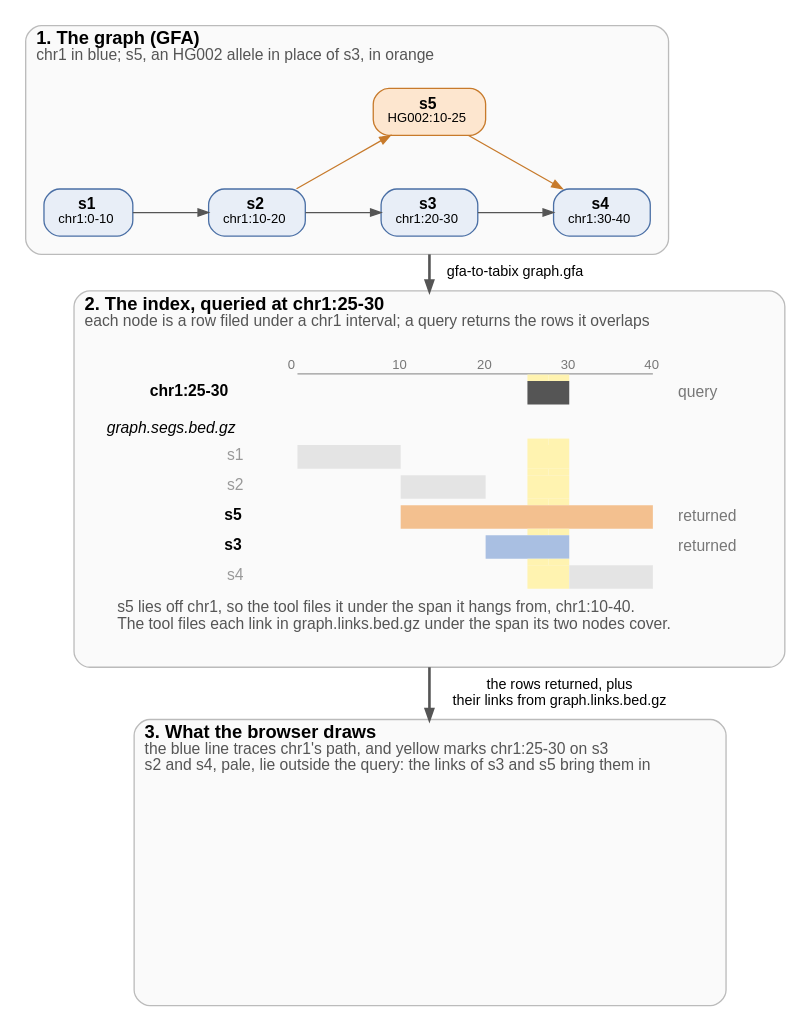
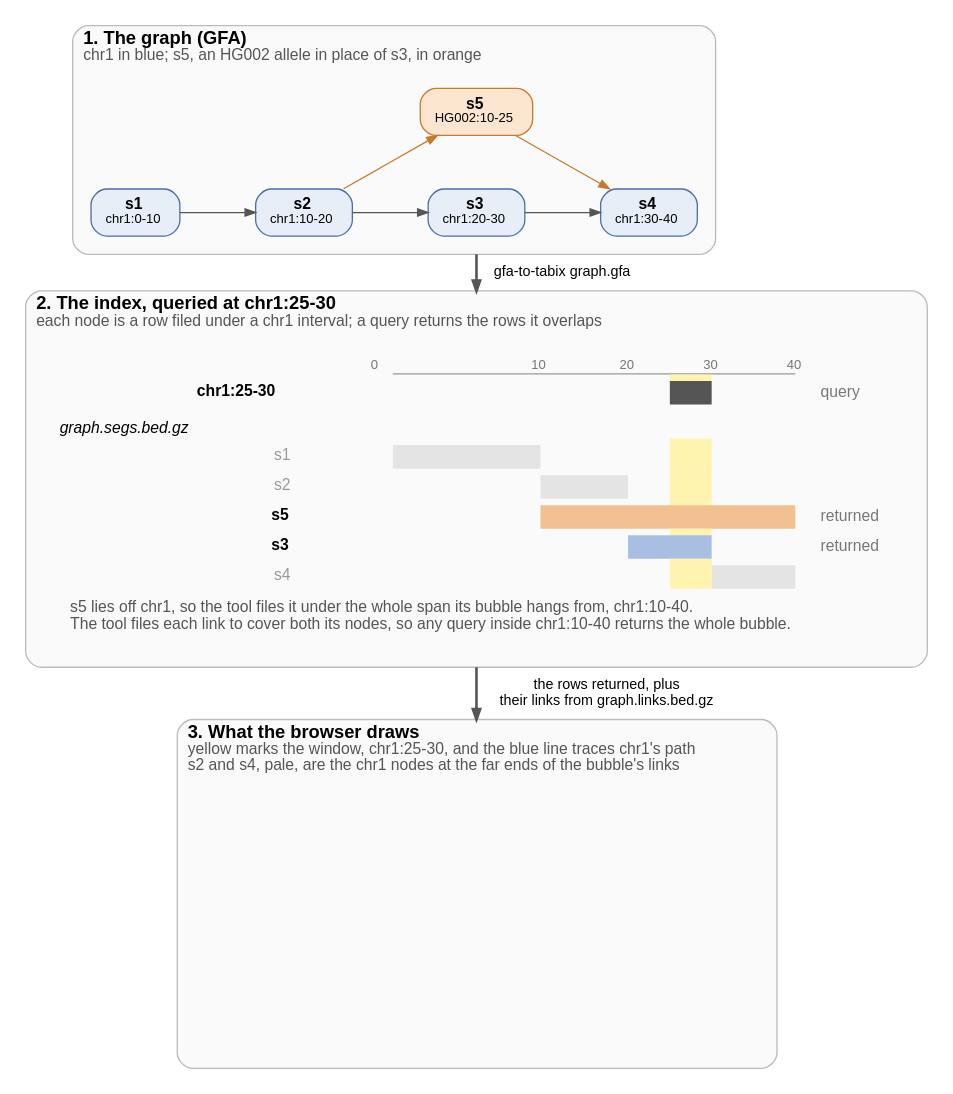
The diagram in docs/figures/overview.dot (GMOD/gfa-to-tabix), drawn with Graphviz before and after one commit. The commit also changed 5 other files, not shown here.

First line of the commit message:
Overview figures: show that one query returns the whole bubble

```diff
--- a/docs/figures/overview.dot
+++ b/docs/figures/overview.dot
@@ -1,73 +1,73 @@
 // scripts/figures.py fills the marked rows from the tool's output and draws this figure
 digraph overview {
   bgcolor="white"
   fontname="Helvetica"
   newrank=true
   compound=true
   nodesep=0.4
   ranksep=0.55
   node [fontname="Helvetica", fontsize=12, shape=box, style="filled,rounded", fillcolor="#e8eef7", color="#4a6fa5", margin="0.15,0.06"]
   edge [fontname="Helvetica", fontsize=11, color="#555555", arrowsize=0.8]
 
   subgraph {
     graph [labeljust=l, fontsize=14, color="#bbbbbb", style="rounded,filled", fillcolor="#fafafa", margin=14]
 
     subgraph cluster_graph {
       label=<<B>1. The graph (GFA)</B><BR ALIGN="LEFT"/><FONT POINT-SIZE="12" COLOR="#555555">chr1 in blue; s5, an HG002 allele in place of s3, in orange</FONT><BR ALIGN="LEFT"/>>
       // begin graph
       s1 [label=<<B>s1</B><BR/><FONT POINT-SIZE="10">chr1:0-10</FONT>>]
       s2 [label=<<B>s2</B><BR/><FONT POINT-SIZE="10">chr1:10-20</FONT>>]
       s3 [label=<<B>s3</B><BR/><FONT POINT-SIZE="10">chr1:20-30</FONT>>]
       s4 [label=<<B>s4</B><BR/><FONT POINT-SIZE="10">chr1:30-40</FONT>>]
       s5 [label=<<B>s5</B><BR/><FONT POINT-SIZE="10">HG002:10-25</FONT>>, fillcolor="#fde6cf", color="#c77a2b"]
       {rank=same; s1; s2; s3; s4}
       s1 -> s2 [weight=20]
       s2 -> s3 [weight=20]
       s2 -> s5 [color="#c77a2b", constraint=false]
       s3 -> s4 [weight=20]
       s5 -> s4 [color="#c77a2b", constraint=false]
       s5 -> s3 [style=invis, weight=20]
       // end graph
     }
 
     subgraph cluster_query {
       label=<<B>2. The index, queried at chr1:25-30</B><BR ALIGN="LEFT"/><FONT POINT-SIZE="12" COLOR="#555555">each node is a row filed under a chr1 interval; a query returns the rows it overlaps</FONT><BR ALIGN="LEFT"/>>
       hits [shape=plaintext, style="", label=<
         <TABLE BORDER="0" CELLBORDER="0" CELLSPACING="0" CELLPADDING="0">
           <!-- begin lanes -->
           <TR><TD></TD><TD WIDTH="16"></TD><TD WIDTH="16"></TD><TD WIDTH="16"></TD><TD WIDTH="16"></TD><TD WIDTH="16"></TD><TD WIDTH="16"></TD><TD WIDTH="16"></TD><TD WIDTH="16"></TD><TD WIDTH="16"></TD><TD WIDTH="16"></TD><TD WIDTH="16"></TD><TD WIDTH="16"></TD><TD WIDTH="16"></TD><TD WIDTH="16"></TD><TD WIDTH="16"></TD><TD WIDTH="16"></TD><TD WIDTH="16"></TD><TD WIDTH="16"></TD><TD></TD></TR>
           <TR><TD></TD><TD COLSPAN="2"><FONT POINT-SIZE="10" COLOR="#777777">0</FONT></TD><TD COLSPAN="2"></TD><TD COLSPAN="2"><FONT POINT-SIZE="10" COLOR="#777777">10</FONT></TD><TD COLSPAN="2"></TD><TD COLSPAN="2"><FONT POINT-SIZE="10" COLOR="#777777">20</FONT></TD><TD COLSPAN="2"></TD><TD COLSPAN="2"><FONT POINT-SIZE="10" COLOR="#777777">30</FONT></TD><TD COLSPAN="2"></TD><TD COLSPAN="2"><FONT POINT-SIZE="10" COLOR="#777777">40</FONT></TD><TD></TD></TR>
           <TR><TD HEIGHT="1"></TD><TD></TD><TD COLSPAN="16" BGCOLOR="#999999"></TD><TD></TD><TD></TD></TR>
           <TR><TD HEIGHT="5"></TD><TD></TD><TD></TD><TD></TD><TD></TD><TD></TD><TD></TD><TD></TD><TD></TD><TD></TD><TD></TD><TD></TD><TD BGCOLOR="#fff3b0"></TD><TD BGCOLOR="#fff3b0"></TD><TD></TD><TD></TD><TD></TD><TD></TD><TD></TD><TD></TD></TR>
           <TR><TD ALIGN="RIGHT" HEIGHT="18"><B>chr1:25-30</B>  </TD><TD></TD><TD COLSPAN="10"></TD><TD COLSPAN="2" BGCOLOR="#555555"></TD><TD COLSPAN="4"></TD><TD></TD><TD ALIGN="LEFT"><FONT POINT-SIZE="12" COLOR="#777777">  query</FONT></TD></TR>
           <TR><TD COLSPAN="20" ALIGN="LEFT" HEIGHT="26" VALIGN="BOTTOM"><I>graph.segs.bed.gz</I></TD></TR>
           <TR><TD HEIGHT="5"></TD><TD></TD><TD></TD><TD></TD><TD></TD><TD></TD><TD></TD><TD></TD><TD></TD><TD></TD><TD></TD><TD></TD><TD BGCOLOR="#fff3b0"></TD><TD BGCOLOR="#fff3b0"></TD><TD></TD><TD></TD><TD></TD><TD></TD><TD></TD><TD></TD></TR>
           <TR><TD ALIGN="RIGHT" HEIGHT="18"><FONT COLOR="#999999">s1</FONT>  </TD><TD></TD><TD COLSPAN="4" BGCOLOR="#e4e4e4"></TD><TD COLSPAN="6"></TD><TD COLSPAN="2" BGCOLOR="#fff3b0"></TD><TD COLSPAN="4"></TD><TD></TD><TD ALIGN="LEFT"></TD></TR>
           <TR><TD HEIGHT="5"></TD><TD></TD><TD></TD><TD></TD><TD></TD><TD></TD><TD></TD><TD></TD><TD></TD><TD></TD><TD></TD><TD></TD><TD BGCOLOR="#fff3b0"></TD><TD BGCOLOR="#fff3b0"></TD><TD></TD><TD></TD><TD></TD><TD></TD><TD></TD><TD></TD></TR>
           <TR><TD ALIGN="RIGHT" HEIGHT="18"><FONT COLOR="#999999">s2</FONT>  </TD><TD></TD><TD COLSPAN="4"></TD><TD COLSPAN="4" BGCOLOR="#e4e4e4"></TD><TD COLSPAN="2"></TD><TD COLSPAN="2" BGCOLOR="#fff3b0"></TD><TD COLSPAN="4"></TD><TD></TD><TD ALIGN="LEFT"></TD></TR>
           <TR><TD HEIGHT="5"></TD><TD></TD><TD></TD><TD></TD><TD></TD><TD></TD><TD></TD><TD></TD><TD></TD><TD></TD><TD></TD><TD></TD><TD BGCOLOR="#fff3b0"></TD><TD BGCOLOR="#fff3b0"></TD><TD></TD><TD></TD><TD></TD><TD></TD><TD></TD><TD></TD></TR>
           <TR><TD ALIGN="RIGHT" HEIGHT="18"><B>s5</B>  </TD><TD></TD><TD COLSPAN="4"></TD><TD COLSPAN="12" BGCOLOR="#f3c08f"></TD><TD></TD><TD ALIGN="LEFT"><FONT POINT-SIZE="12" COLOR="#777777">  returned</FONT></TD></TR>
           <TR><TD HEIGHT="5"></TD><TD></TD><TD></TD><TD></TD><TD></TD><TD></TD><TD></TD><TD></TD><TD></TD><TD></TD><TD></TD><TD></TD><TD BGCOLOR="#fff3b0"></TD><TD BGCOLOR="#fff3b0"></TD><TD></TD><TD></TD><TD></TD><TD></TD><TD></TD><TD></TD></TR>
           <TR><TD ALIGN="RIGHT" HEIGHT="18"><B>s3</B>  </TD><TD></TD><TD COLSPAN="8"></TD><TD COLSPAN="4" BGCOLOR="#a9bfe2"></TD><TD COLSPAN="4"></TD><TD></TD><TD ALIGN="LEFT"><FONT POINT-SIZE="12" COLOR="#777777">  returned</FONT></TD></TR>
           <TR><TD HEIGHT="5"></TD><TD></TD><TD></TD><TD></TD><TD></TD><TD></TD><TD></TD><TD></TD><TD></TD><TD></TD><TD></TD><TD></TD><TD BGCOLOR="#fff3b0"></TD><TD BGCOLOR="#fff3b0"></TD><TD></TD><TD></TD><TD></TD><TD></TD><TD></TD><TD></TD></TR>
           <TR><TD ALIGN="RIGHT" HEIGHT="18"><FONT COLOR="#999999">s4</FONT>  </TD><TD></TD><TD COLSPAN="10"></TD><TD COLSPAN="2" BGCOLOR="#fff3b0"></TD><TD COLSPAN="4" BGCOLOR="#e4e4e4"></TD><TD></TD><TD ALIGN="LEFT"></TD></TR>
           <!-- end lanes -->
           <!-- begin caption -->
-          <TR><TD BORDER="0" CELLPADDING="8" COLSPAN="20" ALIGN="LEFT" BALIGN="LEFT"><FONT POINT-SIZE="12" COLOR="#555555">s5 lies off chr1, so the tool files it under the span it hangs from, chr1:10-40.<BR/>The tool files each link in graph.links.bed.gz under the span its two nodes cover.</FONT></TD></TR>
+          <TR><TD BORDER="0" CELLPADDING="8" COLSPAN="20" ALIGN="LEFT" BALIGN="LEFT"><FONT POINT-SIZE="12" COLOR="#555555">s5 lies off chr1, so the tool files it under the whole span its bubble hangs from, chr1:10-40.<BR/>The tool files each link to cover both its nodes, so any query inside chr1:10-40 returns the whole bubble.</FONT></TD></TR>
           <!-- end caption -->
         </TABLE>>]
     }
 
     subgraph cluster_drawn {
-      label=<<B>3. What the browser draws</B><BR ALIGN="LEFT"/><FONT POINT-SIZE="12" COLOR="#555555">the blue line traces chr1's path, and yellow marks chr1:25-30 on s3<BR ALIGN="LEFT"/>s2 and s4, pale, lie outside the query: the links of s3 and s5 bring them in</FONT><BR ALIGN="LEFT"/>>
+      label=<<B>3. What the browser draws</B><BR ALIGN="LEFT"/><FONT POINT-SIZE="12" COLOR="#555555">yellow marks the window, chr1:25-30, and the blue line traces chr1's path<BR ALIGN="LEFT"/>s2 and s4, pale, are the chr1 nodes at the far ends of the bubble's links</FONT><BR ALIGN="LEFT"/>>
       // begin drawn
-      drawn [shape=box, style="", color=transparent, label="", fixedsize=true, width=5.29, height=2.02]
+      drawn [shape=box, style="", color=transparent, label="", fixedsize=true, width=5.29, height=2.68]
       // end drawn
     }
   }
 
   // begin arrows
   s3 -> hits [ltail=cluster_graph, lhead=cluster_query, label="  gfa-to-tabix graph.gfa", penwidth=2]
   hits -> drawn [ltail=cluster_query, lhead=cluster_drawn, label="  the rows returned, plus\n  their links from graph.links.bed.gz", penwidth=2]
   // end arrows
 }
```
